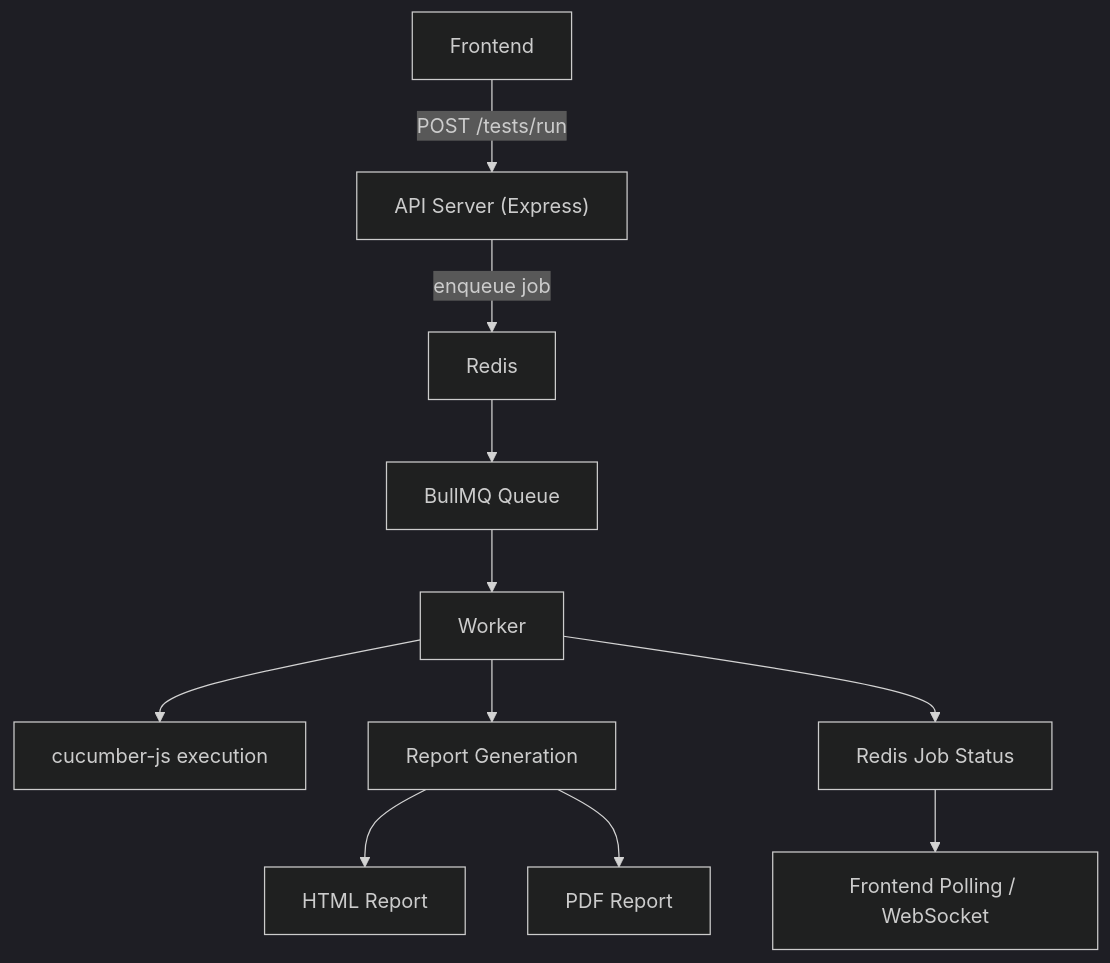
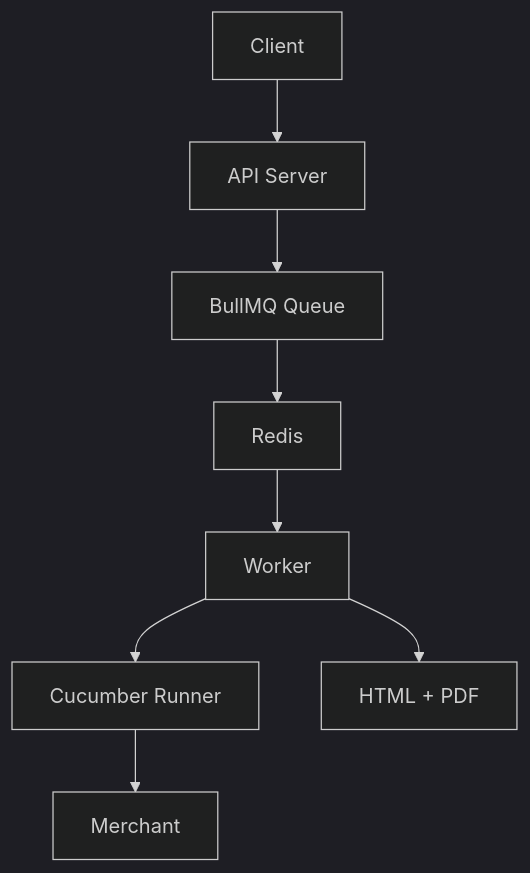
One commit to victoriachee/cucumber-pdf-reporter-worker changed the first of 3 diagrams in README.md. Above: the diagram before and after it, drawn with Mermaid (dark theme). The commit also changed other lines of this file, not shown here.

````diff
--- a/README.md
+++ b/README.md
@@ -9,25 +21,10 @@
 ```mermaid
 flowchart TD
-    Frontend["Frontend"]
-    API["API Server (Express)"]
-    Redis["Redis"]
-    Queue["BullMQ Queue"]
-    Worker["Worker"]
-    Cucumber["cucumber-js execution"]
-    Reports["Report Generation"]
-    HTML["HTML Report"]
-    PDF["PDF Report"]
-    Status["Redis Job Status"]
-    Polling["Frontend Polling / WebSocket"]
-
-    Frontend -->|POST /tests/run| API
-    API -->|enqueue job| Redis
-    Redis --> Queue
-    Queue --> Worker
-    Worker --> Cucumber
-    Worker --> Reports
-    Reports --> HTML
-    Reports --> PDF
-    Worker --> Status
-    Status --> Polling
+    Client --> API["API Server"]
+    API --> Queue["BullMQ Queue"]
+    Queue --> Redis["Redis"]
+    Redis --> Worker["Worker"]
+    Worker --> Cucumber["Cucumber Runner"]
+    Cucumber --> Merchant
+    Worker --> Report["HTML + PDF"]
 ```
````
